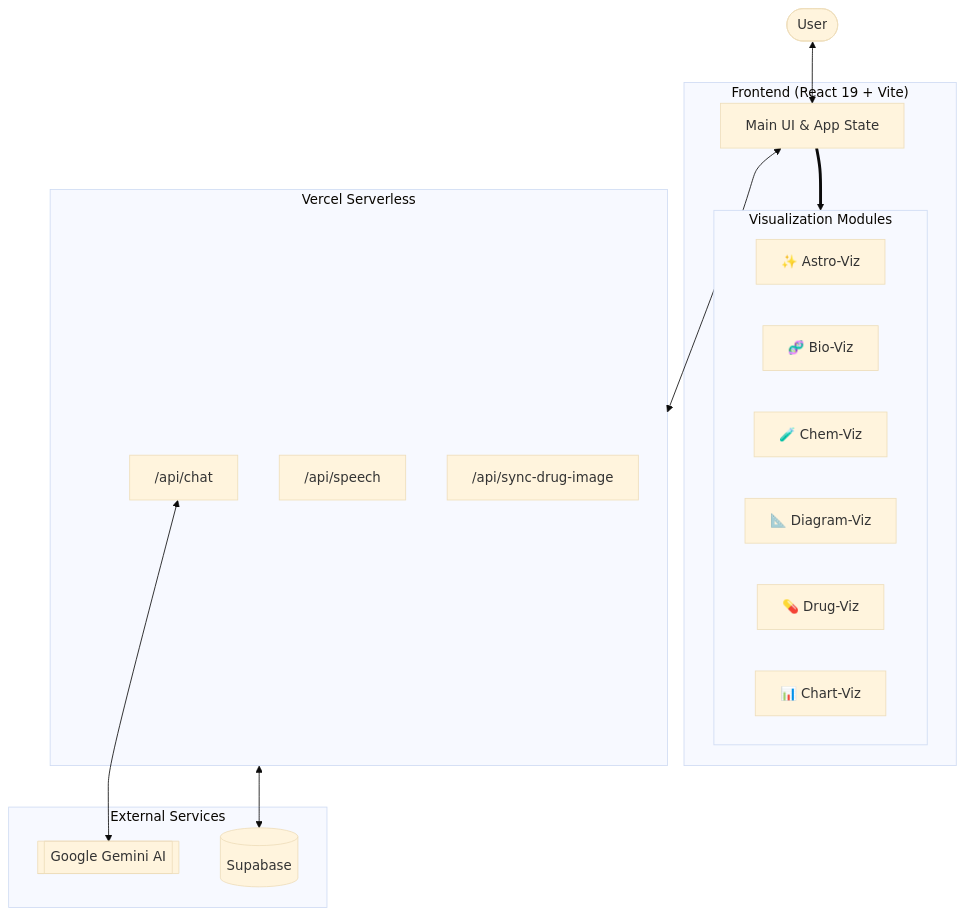
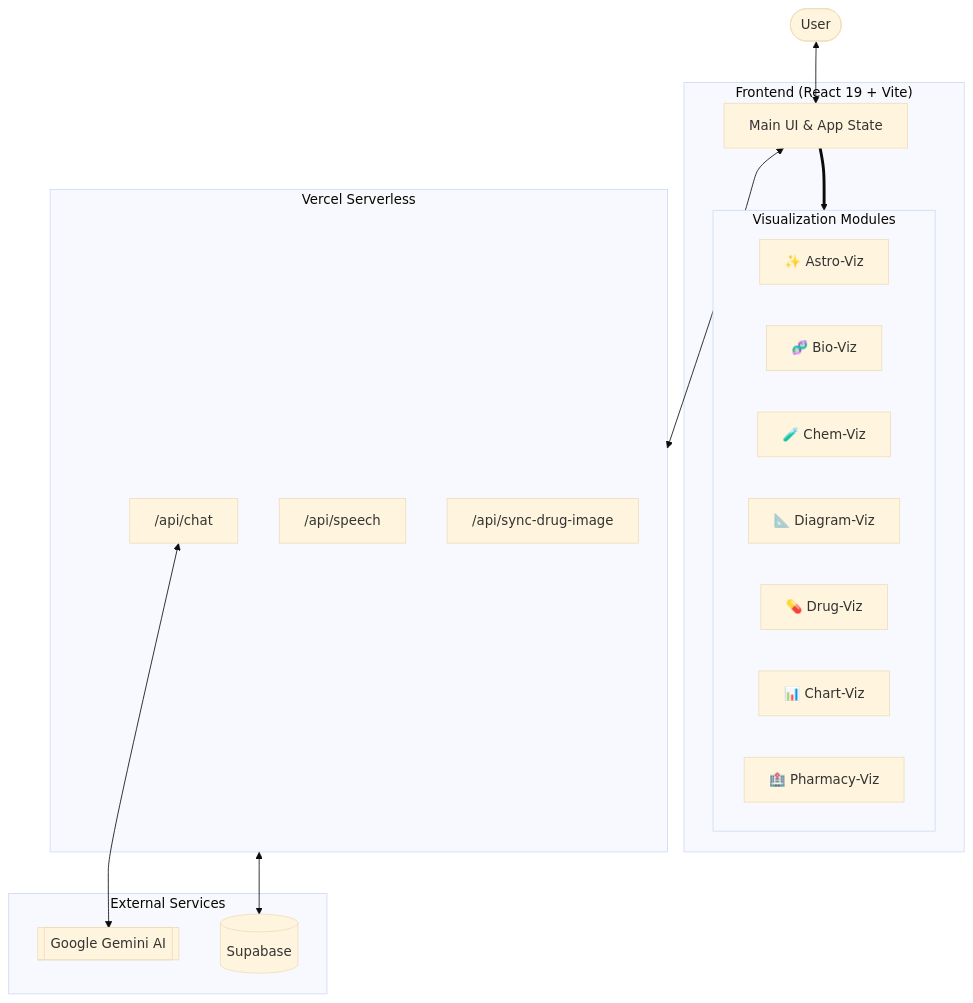
One commit to jpjp92/chat-agent changed the first of 2 diagrams in README.md. Above: the diagram before and after it, drawn with Mermaid (base theme). The commit also changed other lines of this file, not shown here.

Commit message:
docs: add Pharmacy-Viz module and pharmacy-tool documentation while removing hospital_search entry

````diff
--- a/README.md
+++ b/README.md
@@ -60,27 +60,28 @@
 ```mermaid
 flowchart TB
     User([User])
 
     subgraph Frontend ["Frontend (React 19 + Vite)"]
         UI[Main UI & App State]
         subgraph Visualizers ["Visualization Modules"]
             Astro["✨ Astro-Viz"] & Bio["🧬 Bio-Viz"] & Chem["🧪 Chem-Viz"]
             Diagram["📐 Diagram-Viz"] & Drug["💊 Drug-Viz"] & Charts["📊 Chart-Viz"]
+            Pharmacy["🏥 Pharmacy-Viz"]
         end
     end
 
     subgraph Backend ["Vercel Serverless"]
         ChatPipe["/api/chat"] & TTS["/api/speech"] & Sync["/api/sync-drug-image"]
     end
 
     subgraph Providers ["External Services"]
         Gemini[["Google Gemini AI"]]
         Supabase[("Supabase")]
     end
 
     User <--> UI
     UI ==> Visualizers
     UI <--> Backend
     ChatPipe <--> Gemini
     Backend <--> Supabase
 ```
````
